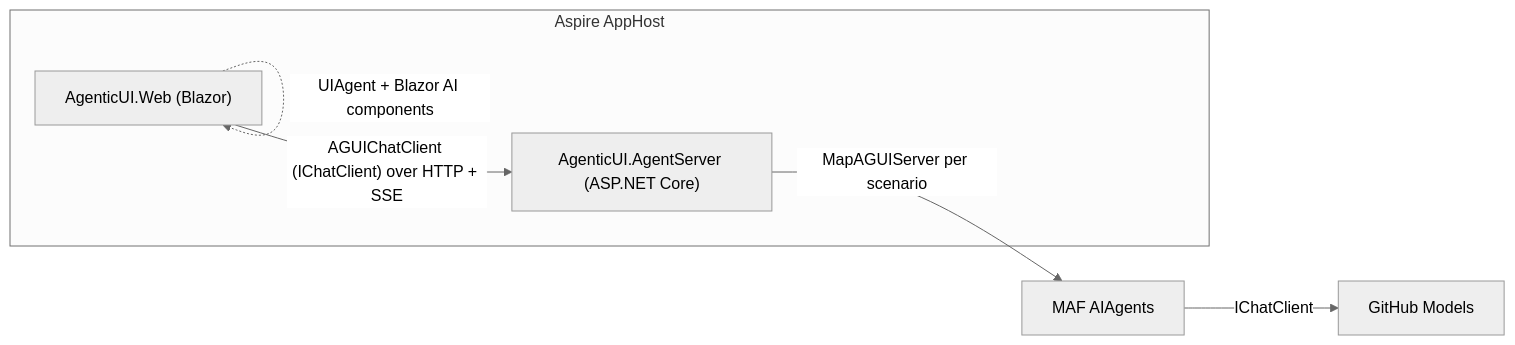
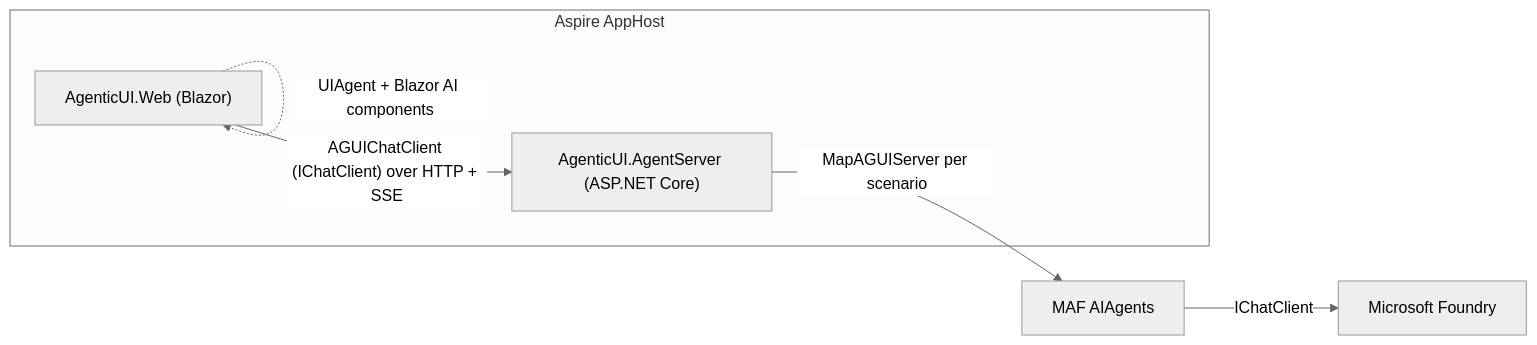
The diagram in README.md (danroth27/AgenticUI), drawn with Mermaid (neutral theme) before and after one commit. The commit also changed other lines of this file and 12 other files, not shown here.

````diff
--- a/README.md
+++ b/README.md
@@ -25,11 +24,11 @@
 ```mermaid
 flowchart LR
     subgraph AppHost["Aspire AppHost"]
         Web["AgenticUI.Web (Blazor)"]
         Server["AgenticUI.AgentServer (ASP.NET Core)"]
     end
     Web -- "AGUIChatClient (IChatClient) over HTTP + SSE" --> Server
     Server -- "MapAGUIServer per scenario" --> Agents["MAF AIAgents"]
-    Agents -- "IChatClient" --> GH["GitHub Models"]
+    Agents -- "IChatClient" --> GH["Microsoft Foundry"]
     Web -. "UIAgent + Blazor AI components" .-> Web
 ```
````
